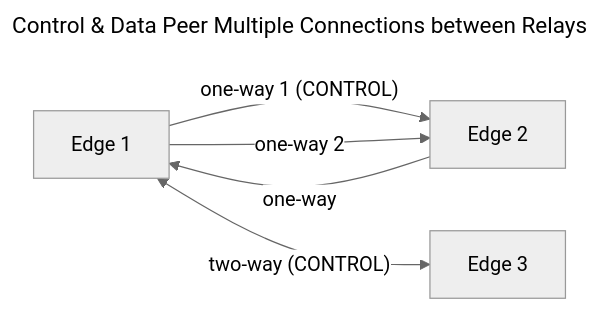
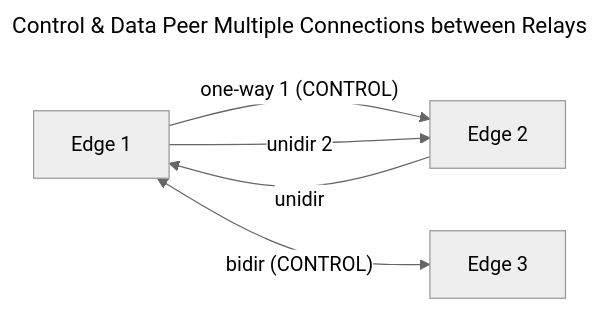
One commit to Quicr/laps changed the ninth of 14 diagrams in docs/peering.md. Above: the diagram before and after it, drawn with Mermaid (neutral theme). The commit also changed other lines of this file and 1 other file, not shown here.

````diff
--- a/docs/peering.md
+++ b/docs/peering.md
@@ -415,10 +429,10 @@
 ```mermaid
 ---
 title: Control & Data Peer Multiple Connections between Relays
 ---
 flowchart LR
     E1[Edge 1] -- "one-way 1 (CONTROL)" --> E2[Edge 2]
-    E1 -- "one-way 2" --> E2
-    E2 -- "one-way" --> E1
-    E1 <-- "two-way (CONTROL)" --> E3[Edge 3]
+    E1 -- "unidir 2" --> E2
+    E2 -- "unidir" --> E1
+    E1 <-- "bidir (CONTROL)" --> E3[Edge 3]
 ```
````
